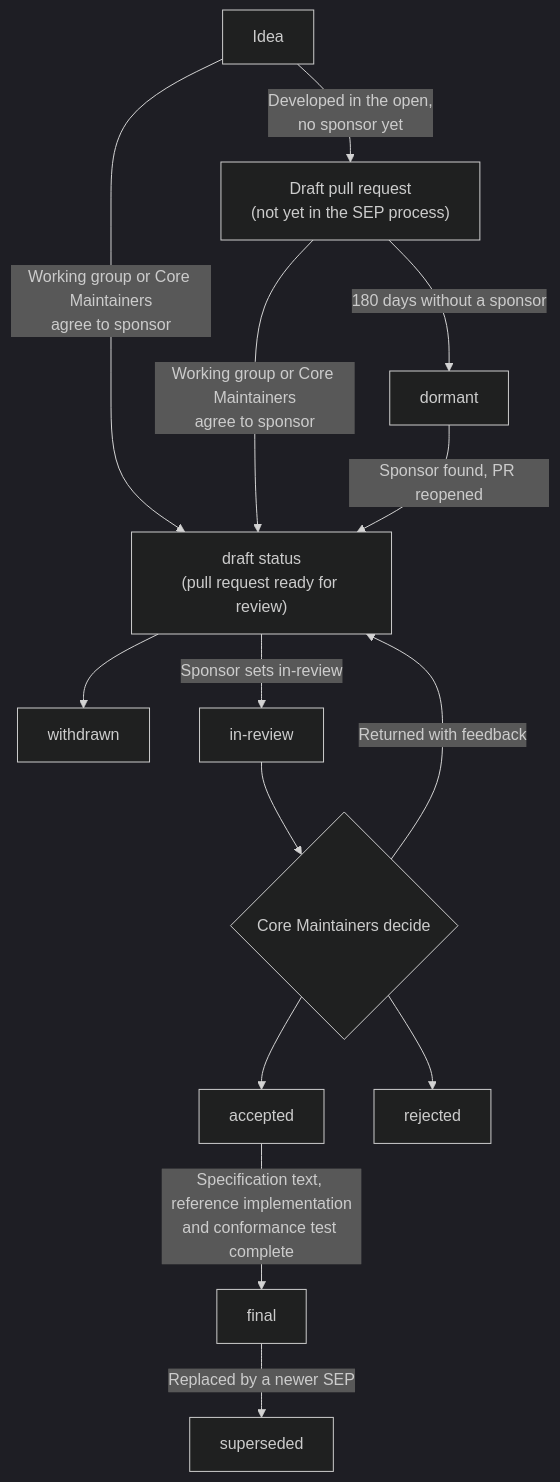
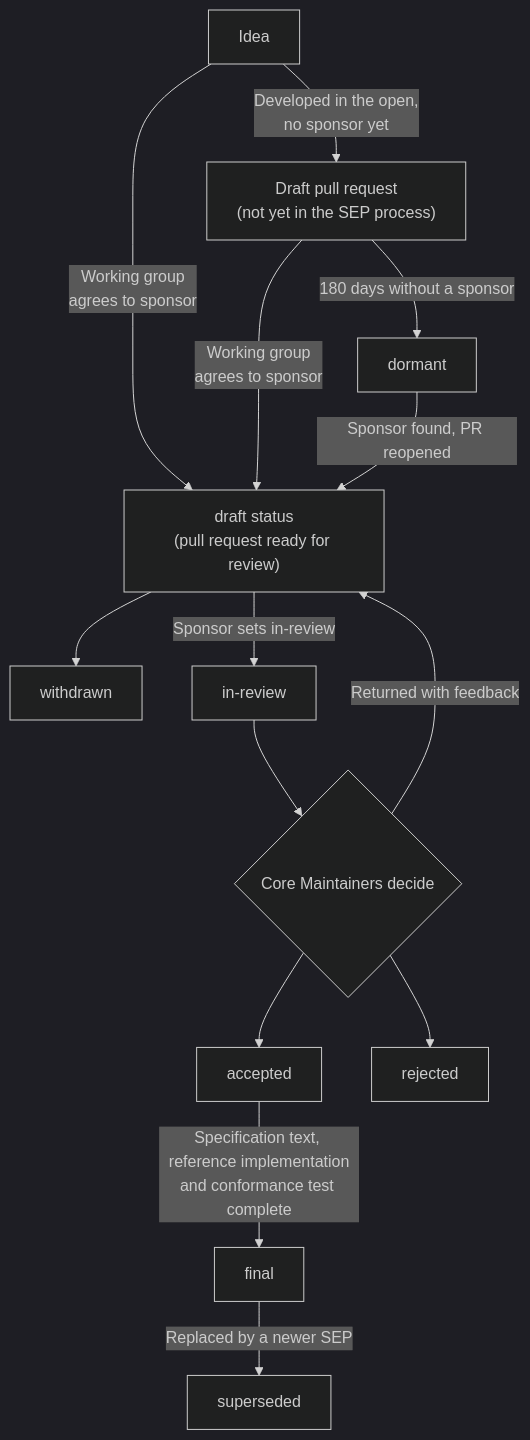
One commit to modelcontextprotocol/modelcontextprotocol changed the diagram in docs/community/sep-guidelines.mdx. Above: the diagram before and after it, drawn with Mermaid (dark theme). The commit also changed other lines of this file and 3 other files, not shown here.

Commit message:
docs: make working group sponsorship the default path

````diff
--- a/docs/community/sep-guidelines.mdx
+++ b/docs/community/sep-guidelines.mdx
@@ -45,28 +43,28 @@
 ```mermaid
 flowchart TD
     Idea["Idea"]
     DraftPR["Draft pull request<br/>(not yet in the SEP process)"]
     Draft["draft status<br/>(pull request ready for review)"]
     Dormant["dormant"]
     Withdrawn["withdrawn"]
     InReview["in-review"]
     Decision{"Core Maintainers decide"}
     Accepted["accepted"]
     Rejected["rejected"]
     Final["final"]
     Superseded["superseded"]
 
     Idea -->|"Developed in the open,<br/>no sponsor yet"| DraftPR
-    Idea -->|"Working group or Core Maintainers<br/>agree to sponsor"| Draft
-    DraftPR -->|"Working group or Core Maintainers<br/>agree to sponsor"| Draft
+    Idea -->|"Working group<br/>agrees to sponsor"| Draft
+    DraftPR -->|"Working group<br/>agrees to sponsor"| Draft
     DraftPR -->|"180 days without a sponsor"| Dormant
     Dormant -->|"Sponsor found, PR reopened"| Draft
     Draft --> Withdrawn
     Draft -->|"Sponsor sets in-review"| InReview
     InReview --> Decision
     Decision --> Accepted
     Decision --> Rejected
     Decision -->|"Returned with feedback"| Draft
     Accepted -->|"Specification text, reference implementation<br/>and conformance test complete"| Final
     Final -->|"Replaced by a newer SEP"| Superseded
 ```
````
